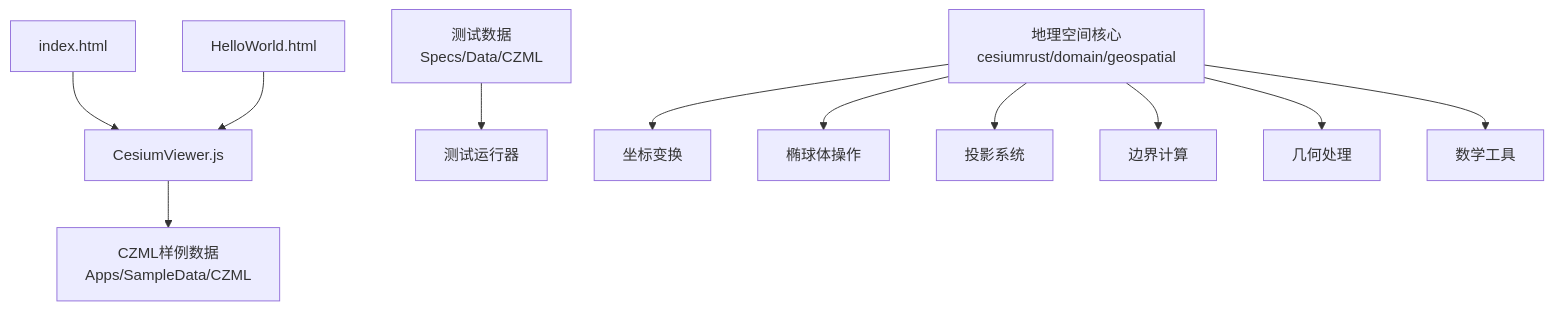
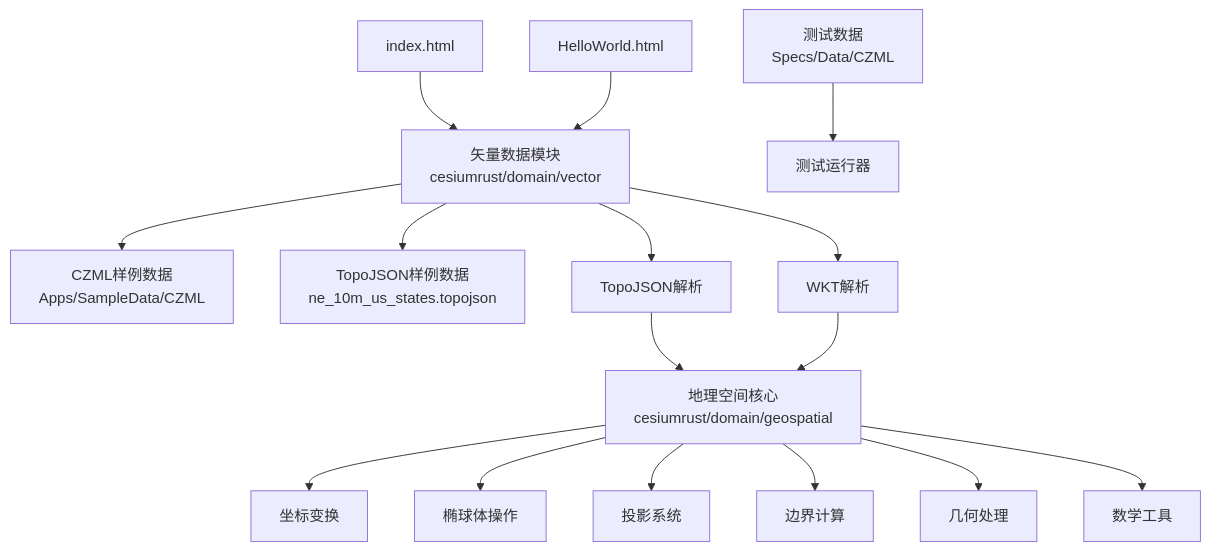
Before and after one commit to rzhangjing/cesium: diagram 11 of 11 in .qoder/repowiki/zh/content/项目概述/核心特性/地理空间数据处理/地理空间数据处理.md, drawn with Mermaid. The commit also changed other lines of this file and 60 other files, not shown here.

````diff
--- a/.qoder/repowiki/zh/content/项目概述/核心特性/地理空间数据处理/地理空间数据处理.md
+++ b/.qoder/repowiki/zh/content/项目概述/核心特性/地理空间数据处理/地理空间数据处理.md
@@ -418,13 +537,18 @@
 ```mermaid
 graph TB
 I["index.html"] --> V["CesiumViewer.js"]
 H["HelloWorld.html"] --> V
 V --> D1["CZML样例数据<br/>Apps/SampleData/CZML"]
+V --> D2["TopoJSON样例数据<br/>ne_10m_us_states.topojson"]
 T["测试数据<br/>Specs/Data/CZML"] --> R["测试运行器"]
 G["地理空间核心<br/>cesiumrust/domain/geospatial"] --> CT["坐标变换"]
 G --> EL["椭球体操作"]
 G --> PR["投影系统"]
 G --> BD["边界计算"]
 G --> GE["几何处理"]
 G --> MT["数学工具"]
+V["矢量数据模块<br/>cesiumrust/domain/vector"] --> TJ["TopoJSON解析"]
+V --> WK["WKT解析"]
+TJ --> G
+WK --> G
 ```
````
